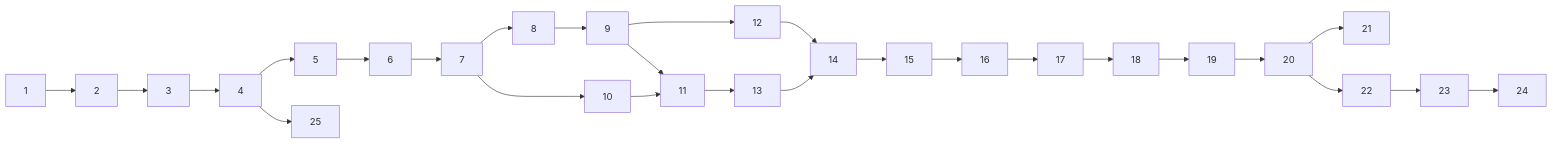
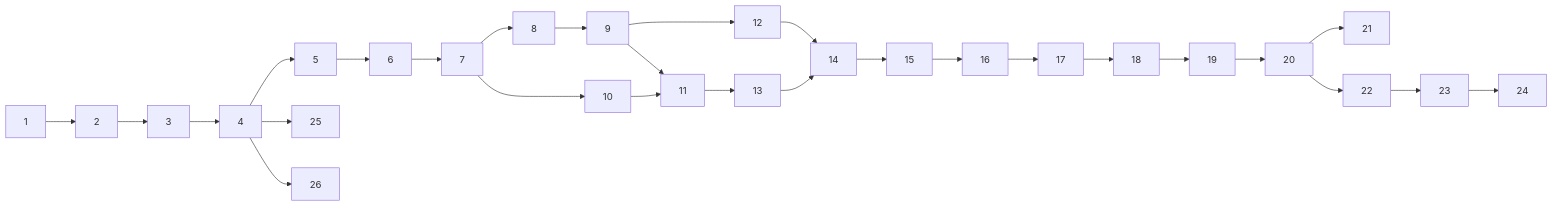
Before and after one commit to greentiger0789/engine-sound-simulator: the diagram in docs/tickets/README.md, drawn with Mermaid. The commit also changed other lines of this file and 3 other files, not shown here.

````diff
--- a/docs/tickets/README.md
+++ b/docs/tickets/README.md
@@ -47,29 +48,30 @@
 ```mermaid
 flowchart LR
   T1[1] --> T2[2]
   T2[2] --> T3[3]
   T3[3] --> T4[4]
   T4[4] --> T5[5]
   T5[5] --> T6[6]
   T6[6] --> T7[7]
   T7[7] --> T8[8]
   T7[7] --> T10[10]
   T8[8] --> T9[9]
   T9[9] --> T11[11]
   T9[9] --> T12[12]
   T10[10] --> T11[11]
   T11[11] --> T13[13]
   T12[12] --> T14[14]
   T13[13] --> T14[14]
   T14[14] --> T15[15]
   T15[15] --> T16[16]
   T16[16] --> T17[17]
   T17[17] --> T18[18]
   T18[18] --> T19[19]
   T19[19] --> T20[20]
   T20[20] --> T21[21]
   T20[20] --> T22[22]
   T22[22] --> T23[23]
   T23[23] --> T24[24]
   T4[4] --> T25[25]
+  T4[4] --> T26[26]
 ```
````
